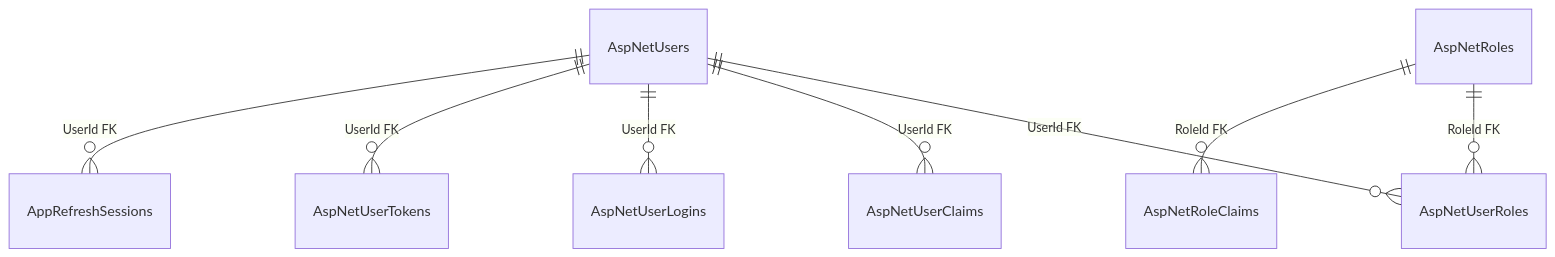
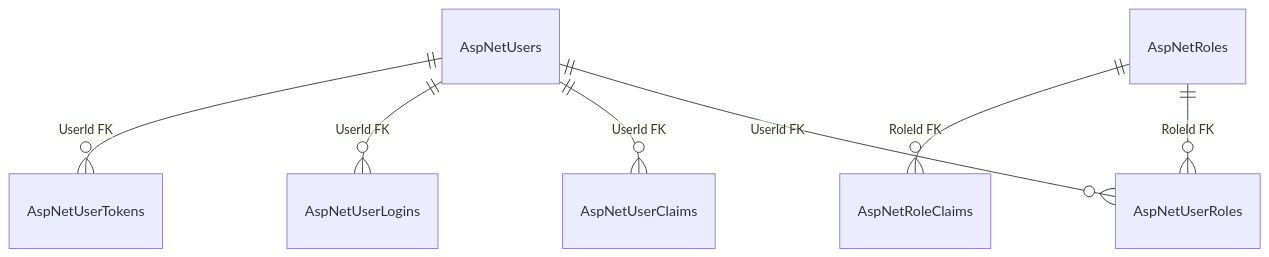
Before and after one commit to Weretik/BreviERP: the diagram in docs/sdd/architecture/data-model/identity.md, drawn with Mermaid. The commit also changed other lines of this file and 140 other files, not shown here.

````diff
--- a/docs/sdd/architecture/data-model/identity.md
+++ b/docs/sdd/architecture/data-model/identity.md
@@ -16,10 +16,9 @@
 ```mermaid
 erDiagram
     AspNetUsers ||--o{ AspNetUserRoles : "UserId FK"
     AspNetRoles ||--o{ AspNetUserRoles : "RoleId FK"
     AspNetUsers ||--o{ AspNetUserClaims : "UserId FK"
     AspNetRoles ||--o{ AspNetRoleClaims : "RoleId FK"
     AspNetUsers ||--o{ AspNetUserLogins : "UserId FK"
     AspNetUsers ||--o{ AspNetUserTokens : "UserId FK"
-    AspNetUsers ||--o{ AppRefreshSessions : "UserId FK"
 ```
````
